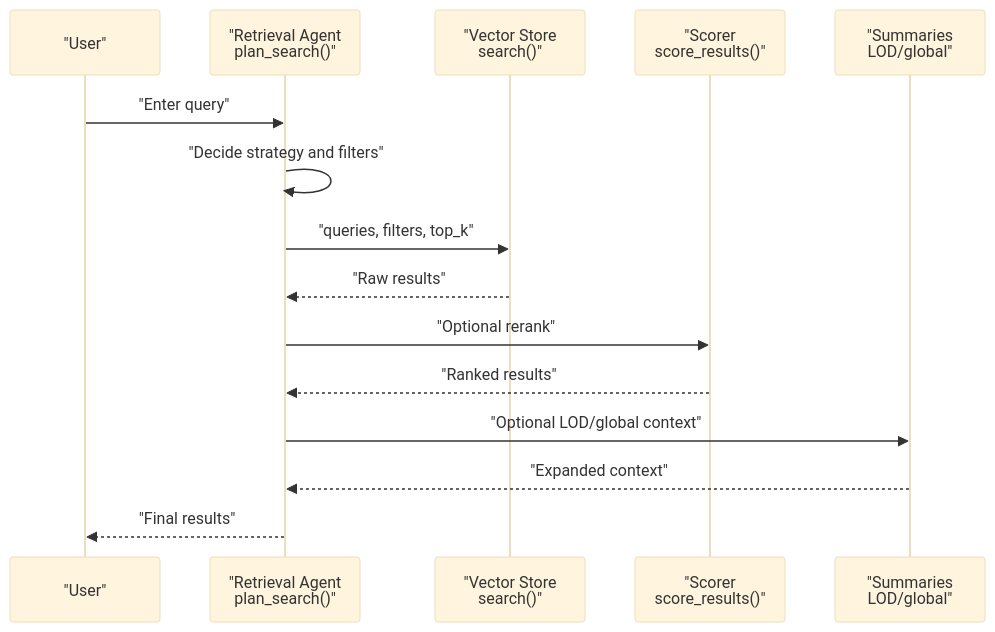
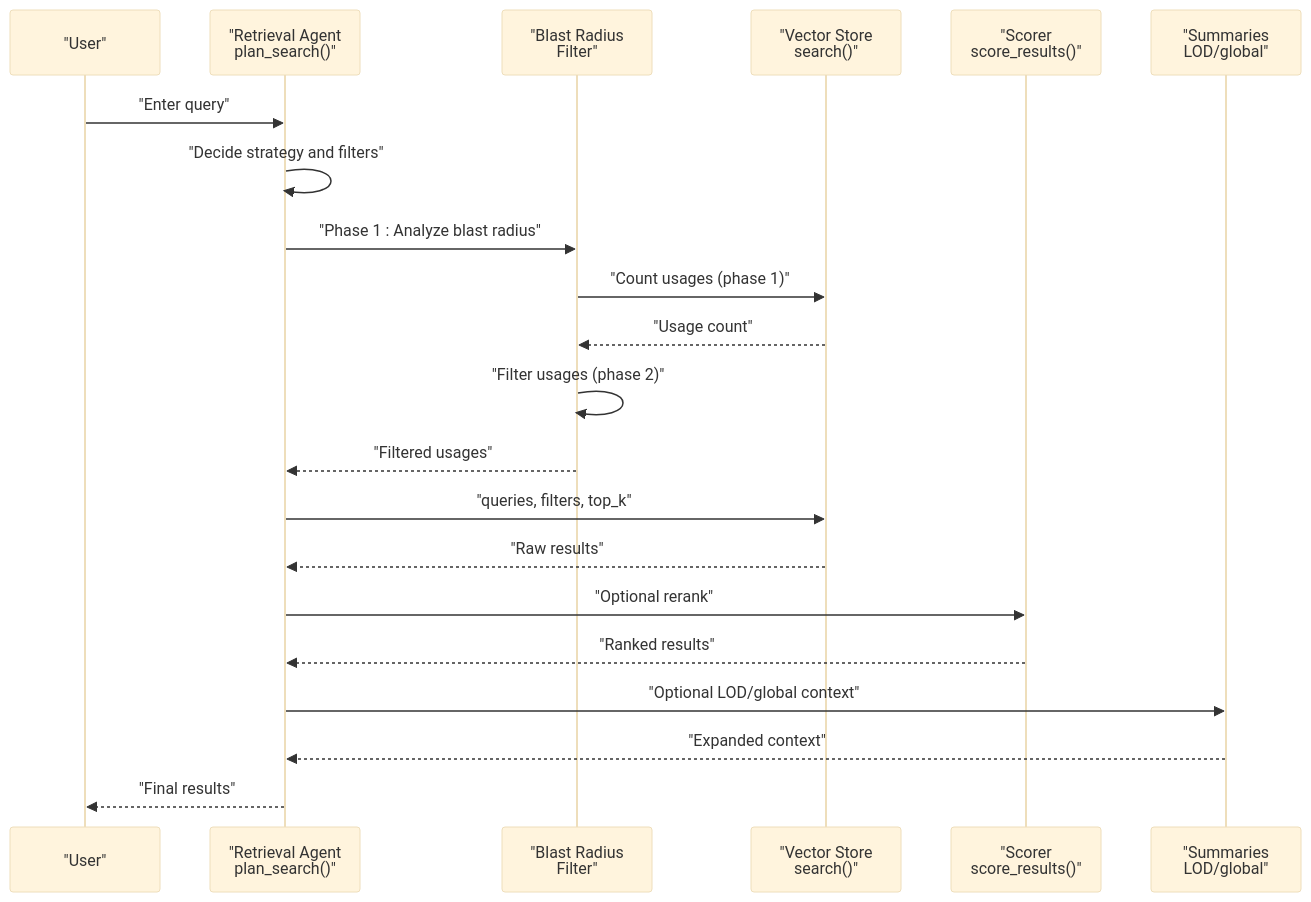
The second of 3 diagrams in docs/wiki/Core Concepts/Search Strategies.md (NcitDev/ragsystem), drawn with Mermaid (base theme) before and after one commit. The commit also changed other lines of this file and 27 other files, not shown here.

````diff
--- a/docs/wiki/Core Concepts/Search Strategies.md
+++ b/docs/wiki/Core Concepts/Search Strategies.md
@@ -119,17 +153,23 @@
 ```mermaid
 sequenceDiagram
 participant U as "User"
 participant RA as "Retrieval Agent<br/>plan_search()"
+participant BA as "Blast Radius<br/>Filter"
 participant VS as "Vector Store<br/>search()"
 participant SC as "Scorer<br/>score_results()"
 participant SUM as "Summaries<br/>LOD/global"
 U->>RA : "Enter query"
 RA->>RA : "Decide strategy and filters"
+RA->>BA : "Phase 1 : Analyze blast radius"
+BA->>VS : "Count usages (phase 1)"
+VS-->>BA : "Usage count"
+BA->>BA : "Filter usages (phase 2)"
+BA-->>RA : "Filtered usages"
 RA->>VS : "queries, filters, top_k"
 VS-->>RA : "Raw results"
 RA->>SC : "Optional rerank"
 SC-->>RA : "Ranked results"
 RA->>SUM : "Optional LOD/global context"
 SUM-->>RA : "Expanded context"
 RA-->>U : "Final results"
 ```
````
